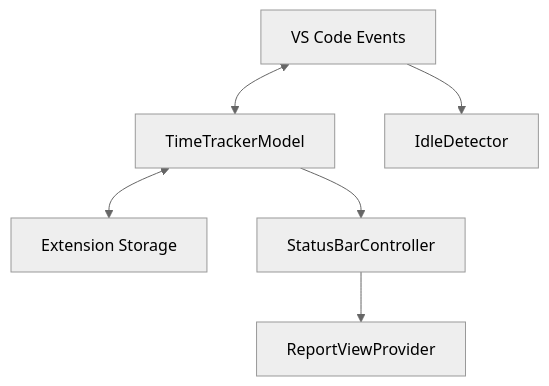
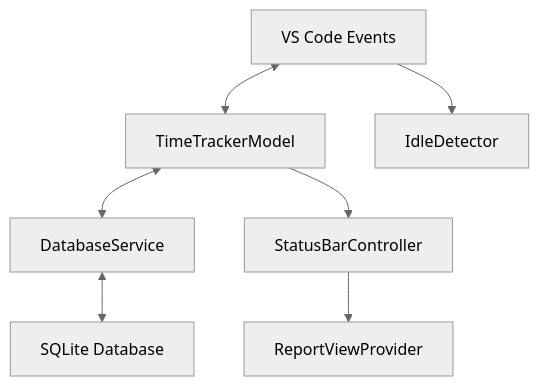
Before and after one commit to irata-gmbh/vscode-time-tracking: the diagram in INTERNAL_ARCHITECTURE.md, drawn with Mermaid (neutral theme). The commit also changed other lines of this file and 7 other files, not shown here.

First line of the commit message:
feat: integrate better-sqlite3 for time tracking session management

````diff
--- a/INTERNAL_ARCHITECTURE.md
+++ b/INTERNAL_ARCHITECTURE.md
@@ -14,7 +15,7 @@
 ```mermaid
 graph TD
-    A[VS Code Events] <--> B[TimeTrackerModel] <--> C[Extension Storage]
-    A --> D[IdleDetector]
-    B --> E[StatusBarController]
-    E --> F[ReportViewProvider]
+    A[VS Code Events] <--> B[TimeTrackerModel] <--> C[DatabaseService] <--> D[SQLite Database]
+    A --> E[IdleDetector]
+    B --> F[StatusBarController]
+    F --> G[ReportViewProvider]
 ```
````
